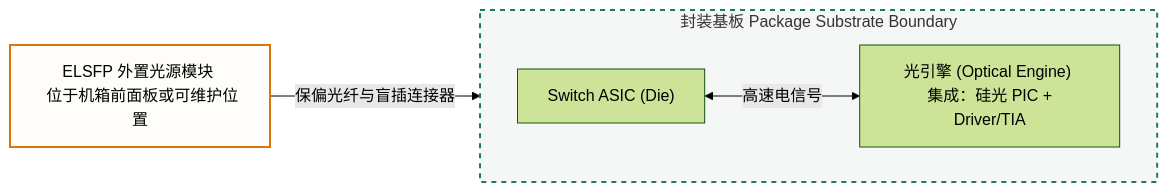
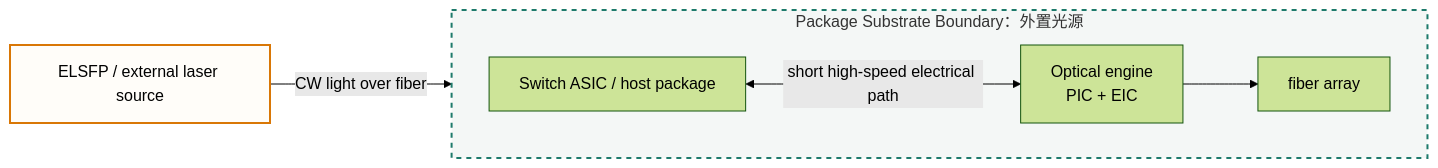
One commit to xianfeng-zhu/LumenFab.io changed the second of 2 diagrams in src/pages/components/packaging.mdx. Above: the diagram before and after it, drawn with Mermaid (forest theme). The commit also changed other lines of this file and 17 other files, not shown here.

````diff
--- a/src/pages/components/packaging.mdx
+++ b/src/pages/components/packaging.mdx
@@ -80,12 +205,13 @@
 ```mermaid
 graph LR
-    subgraph Substrate_B ["封装基板 Package Substrate Boundary"]
+    subgraph Substrate_B ["Package Substrate Boundary：外置光源"]
         direction LR
-        ASIC_B["Switch ASIC (Die)"] <-->|高速电信号| OE_B["光引擎 (Optical Engine) <br/> 集成：硅光 PIC + Driver/TIA"]
+        ASIC_B["Switch ASIC / host package"] <-->|short high-speed electrical path| OE_B["Optical engine<br/>PIC + EIC"]
+        OE_B --> FAU_B["fiber array"]
     end
 
-    ELS["ELSFP 外置光源模块 <br/> 位于机箱前面板或可维护位置"] -->|保偏光纤与盲插连接器| OE_B
-    
+    ELS["ELSFP / external laser source"] -->|CW light over fiber| OE_B
+
     style Substrate_B fill:#f4f7f6,stroke:#1d7a6b,stroke-width:2px,stroke-dasharray:5,5
     style ELS fill:#fffdf9,stroke:#d97706,stroke-width:2px
 ```
````
